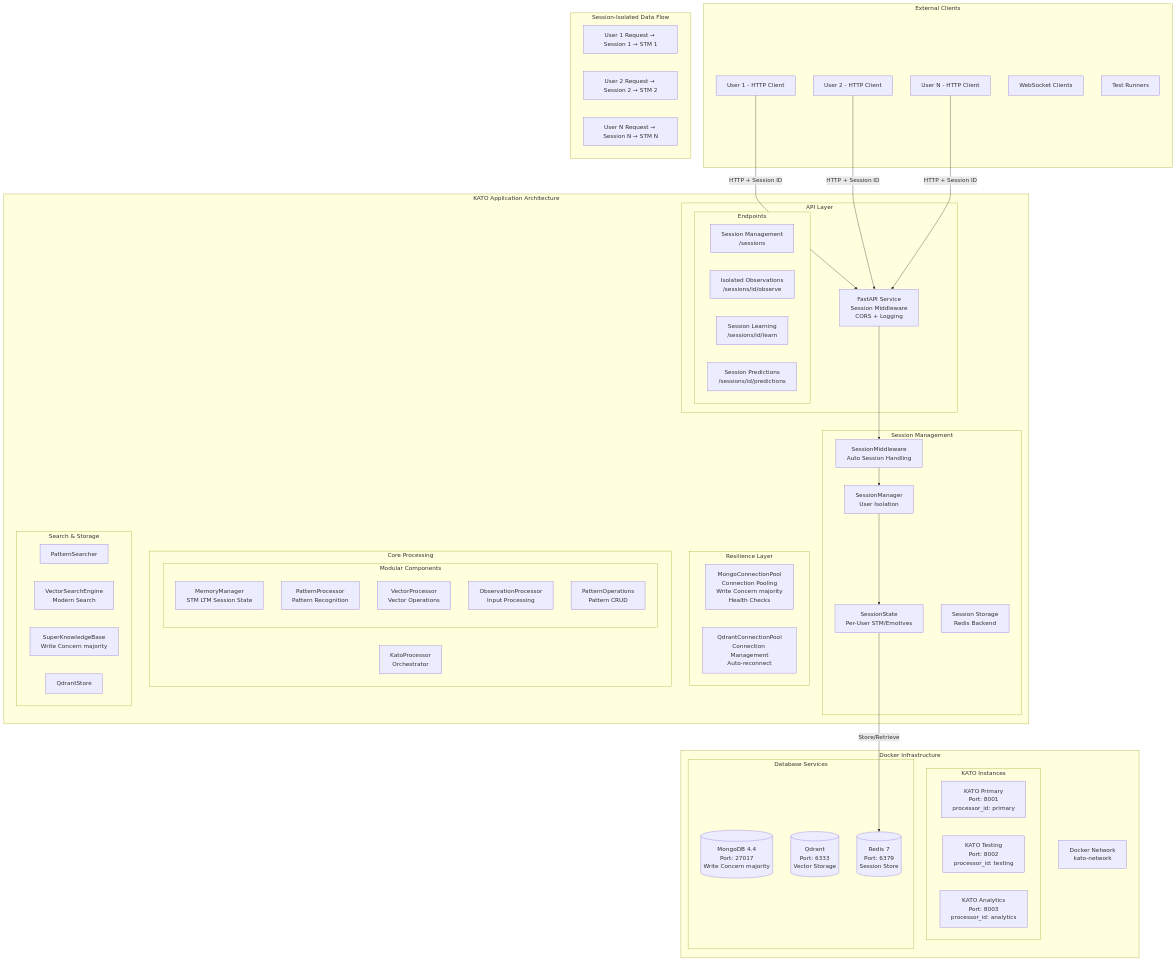
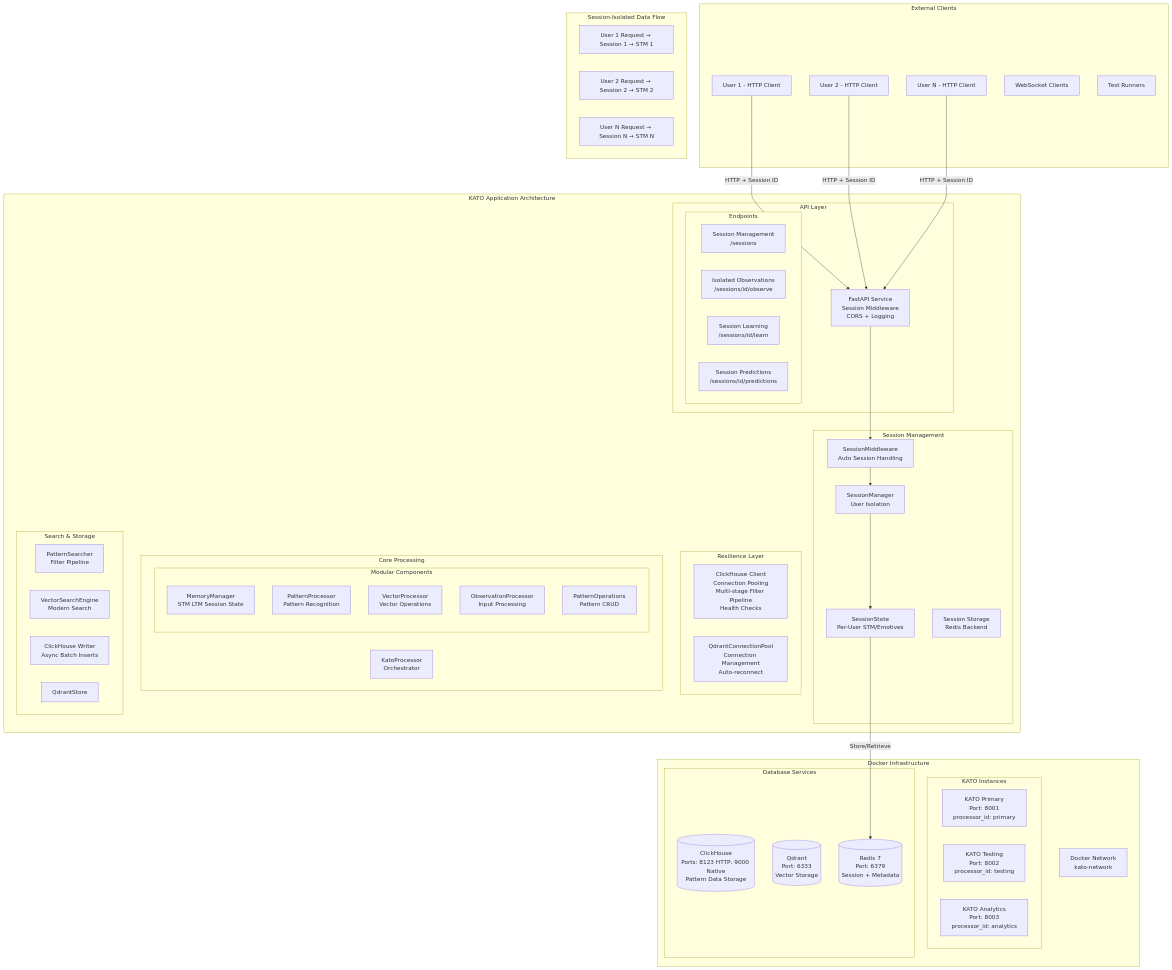
Before and after one commit to sevakavakians/kato: the diagram in ARCHITECTURE.md, drawn with Mermaid. The commit also changed other lines of this file and 3 other files, not shown here.

```diff
--- a/ARCHITECTURE.md
+++ b/ARCHITECTURE.md
@@ -78,9 +78,9 @@
         end
 
         subgraph "Database Services"
-            MONGO[(MongoDB 4.4<br/>Port: 27017<br/>Write Concern majority)]
+            CLICKHOUSE[(ClickHouse<br/>Ports: 8123 HTTP, 9000 Native<br/>Pattern Data Storage)]
             QDRANT[(Qdrant<br/>Port: 6333<br/>Vector Storage)]
-            REDIS[(Redis 7<br/>Port: 6379<br/>Session Store)]
+            REDIS[(Redis 7<br/>Port: 6379<br/>Session + Metadata)]
         end
 
         NETWORK[Docker Network<br/>kato-network]
@@ -110,7 +110,7 @@
 
         %% Connection Pool Layer
         subgraph "Resilience Layer"
-            MONGO_POOL[MongoConnectionPool<br/>Connection Pooling<br/>Write Concern majority<br/>Health Checks]
+            CH_CLIENT[ClickHouse Client<br/>Connection Pooling<br/>Multi-stage Filter Pipeline<br/>Health Checks]
             QDRANT_POOL[QdrantConnectionPool<br/>Connection Management<br/>Auto-reconnect]
         end
 
@@ -129,9 +129,9 @@
 
         %% Search & Storage
         subgraph "Search & Storage"
-            PAT_SEARCH[PatternSearcher]
+            PAT_SEARCH[PatternSearcher<br/>Filter Pipeline]
             VEC_ENGINE[VectorSearchEngine<br/>Modern Search]
-            SUPER_KB[SuperKnowledgeBase<br/>Write Concern majority]
+            CH_WRITER[ClickHouse Writer<br/>Async Batch Inserts]
             QDRANT_STORE[QdrantStore]
         end
     end
```
